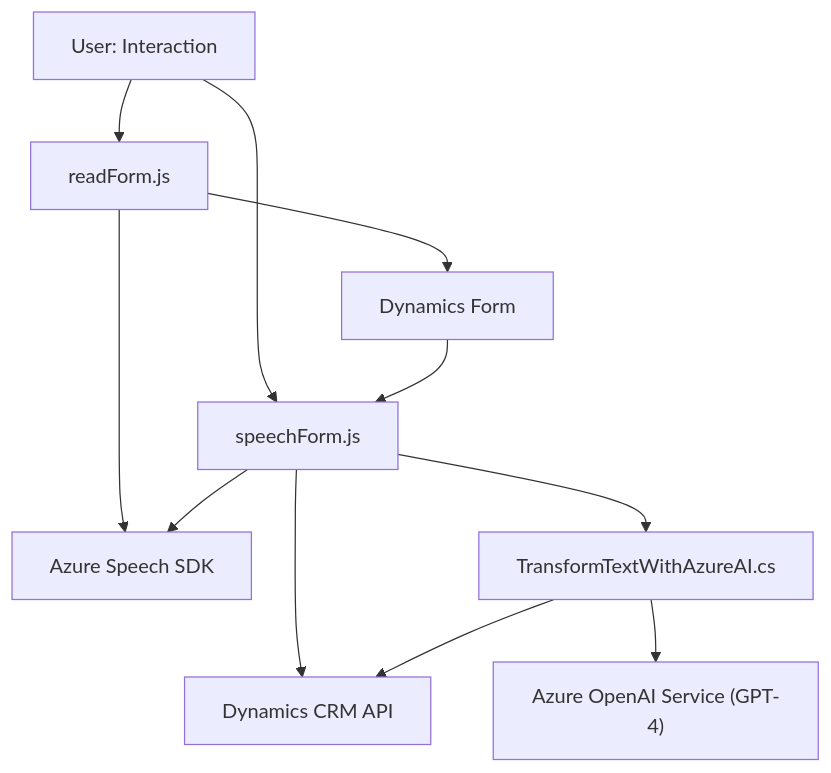
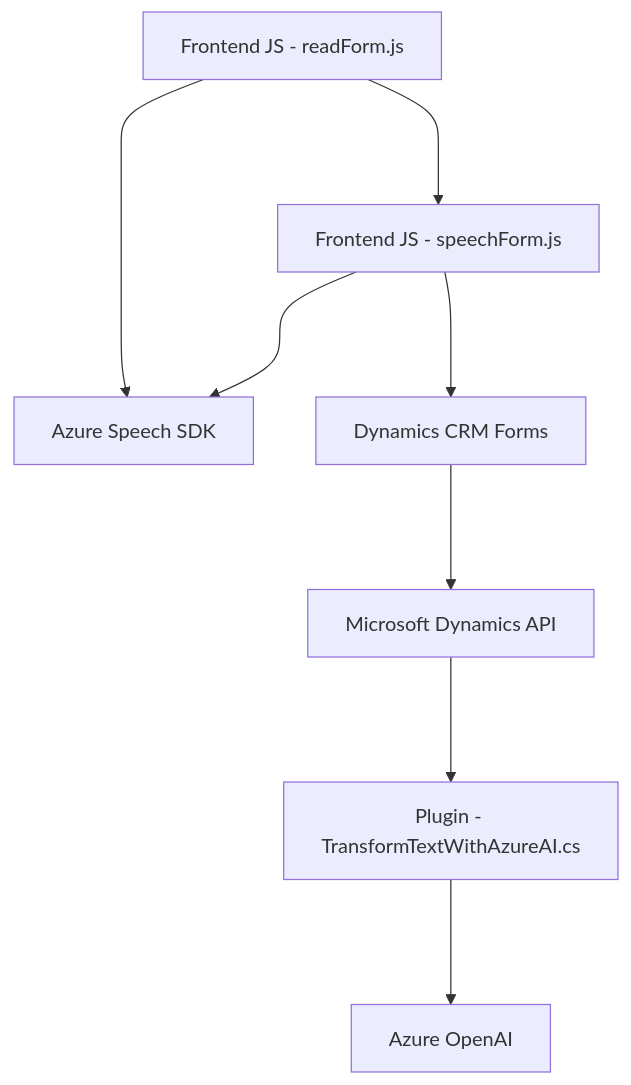
One commit to blopezdm/NETCORE_BILBAO2025 changed the diagram in README.md. Above: the diagram before and after it, drawn with Mermaid. The commit also changed other lines of this file, not shown here.

````diff
--- a/README.md
+++ b/README.md
@@ -29,23 +36,10 @@
 ```mermaid
 graph TD
-    SpeechSDK["Azure Speech SDK"]
-    OpenAI["Azure OpenAI Service (GPT-4)"]
-    DynamicsAPI["Dynamics CRM API"]
-    readForm["readForm.js"]
-    speechForm["speechForm.js"]
-    pluginAI["TransformTextWithAzureAI.cs"]
-    
-    user["User: Interaction"]
-    form["Dynamics Form"]
-    
-    user-->readForm
-    user-->speechForm
-    readForm-->SpeechSDK
-    readForm-->form
-    speechForm-->SpeechSDK
-    speechForm-->DynamicsAPI
-    speechForm-->pluginAI
-    form-->speechForm
-    pluginAI-->OpenAI
-    pluginAI-->DynamicsAPI
+    A["Frontend JS - readForm.js"] ---> B["Frontend JS - speechForm.js"]
+    B["Frontend JS - speechForm.js"] ---> C["Azure Speech SDK"]
+    A ---> C
+    B ---> D["Dynamics CRM Forms"]
+    D ---> E["Microsoft Dynamics API"]
+    E ---> F["Plugin - TransformTextWithAzureAI.cs"]
+    F ---> G["Azure OpenAI"]
 ```
````
